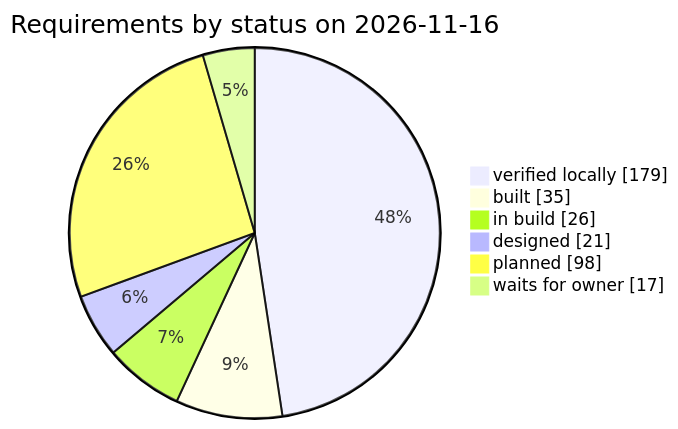
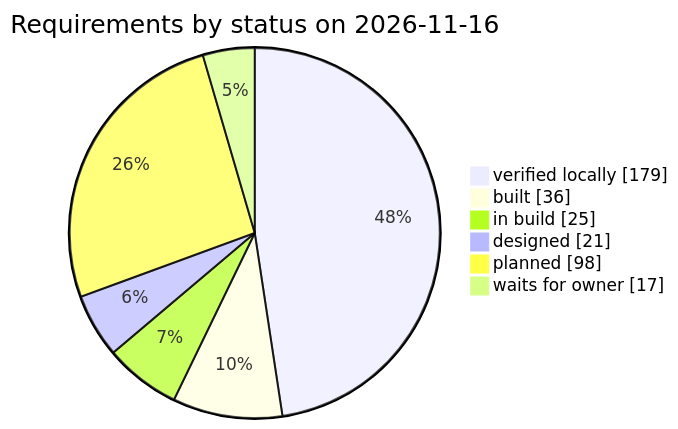
One commit to qa-io-vn/fnb-manager changed the third of 3 diagrams in docs/requirements.md. Above: the diagram before and after it, drawn with Mermaid. The commit also changed other lines of this file and 74 other files, not shown here.

````diff
--- a/docs/requirements.md
+++ b/docs/requirements.md
@@ -982,10 +982,10 @@
 ```mermaid
 pie showData
     title Requirements by status on 2026-11-16
     "verified locally" : 179
-    "built" : 35
-    "in build" : 26
+    "built" : 36
+    "in build" : 25
     "designed" : 21
     "planned" : 98
     "waits for owner" : 17
 ```
````
